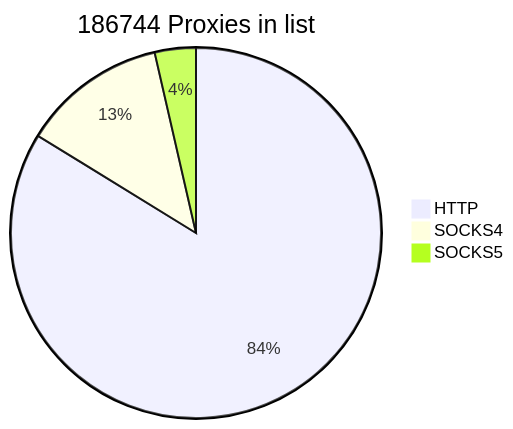
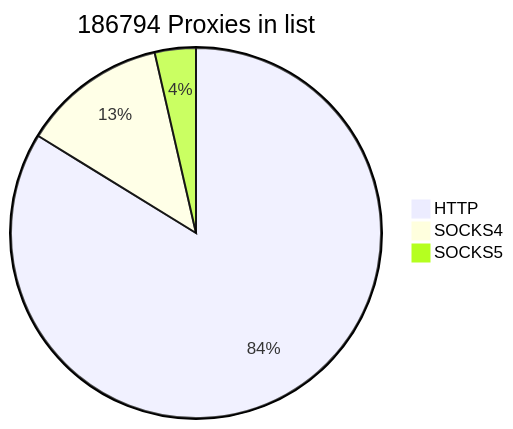
The first of 2 diagrams in README.md (cutipu/proxylist), drawn with Mermaid before and after one commit. The commit also changed other lines of this file, not shown here.

````diff
--- a/README.md
+++ b/README.md
@@ -2,7 +2,7 @@
 ```mermaid
-pie title 186744 Proxies in list
-    "HTTP" : 156447
-    "SOCKS4" : 23602
-    "SOCKS5" : 6695
+pie title 186794 Proxies in list
+    "HTTP" : 156501
+    "SOCKS4" : 23594
+    "SOCKS5" : 6699
             
 ```
````
